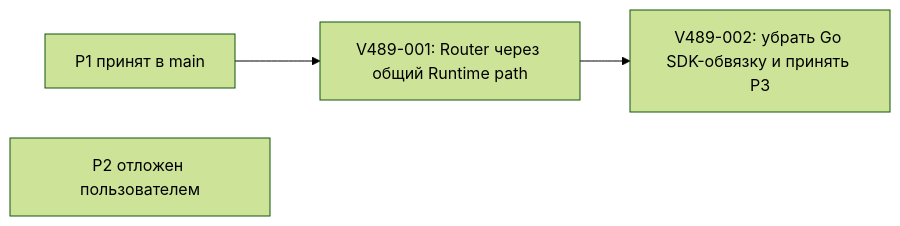
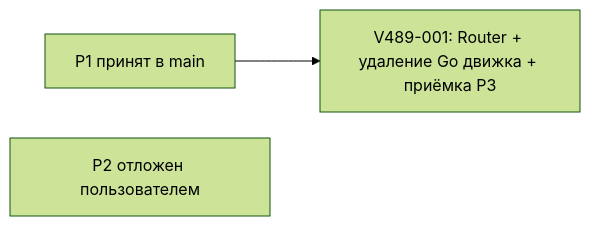
One commit to grauwolf32/contractor changed the third of 3 diagrams in docs/proposals/0058-runtime-planner-and-recovery.md. Above: the diagram before and after it, drawn with Mermaid (forest theme). The commit also changed other lines of this file and 17 other files, not shown here.

````diff
--- a/docs/proposals/0058-runtime-planner-and-recovery.md
+++ b/docs/proposals/0058-runtime-planner-and-recovery.md
@@ -175,6 +159,5 @@
 ```mermaid
 flowchart LR
-  P1["P1 принят в main"] --> T1["V489-001: Router через общий Runtime path"]
-  T1 --> T2["V489-002: убрать Go SDK-обвязку и принять P3"]
+  P1["P1 принят в main"] --> T1["V489-001: Router + удаление Go движка + приёмка P3"]
   P2["P2 отложен пользователем"]
 ```
````
